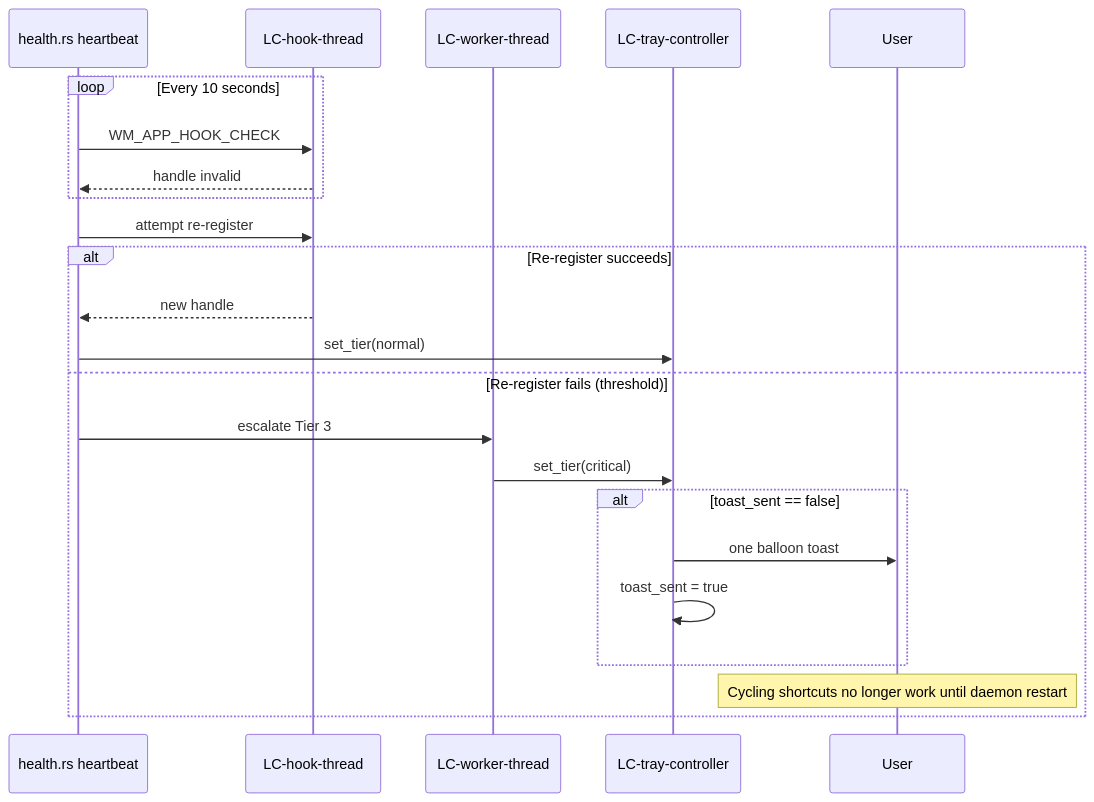
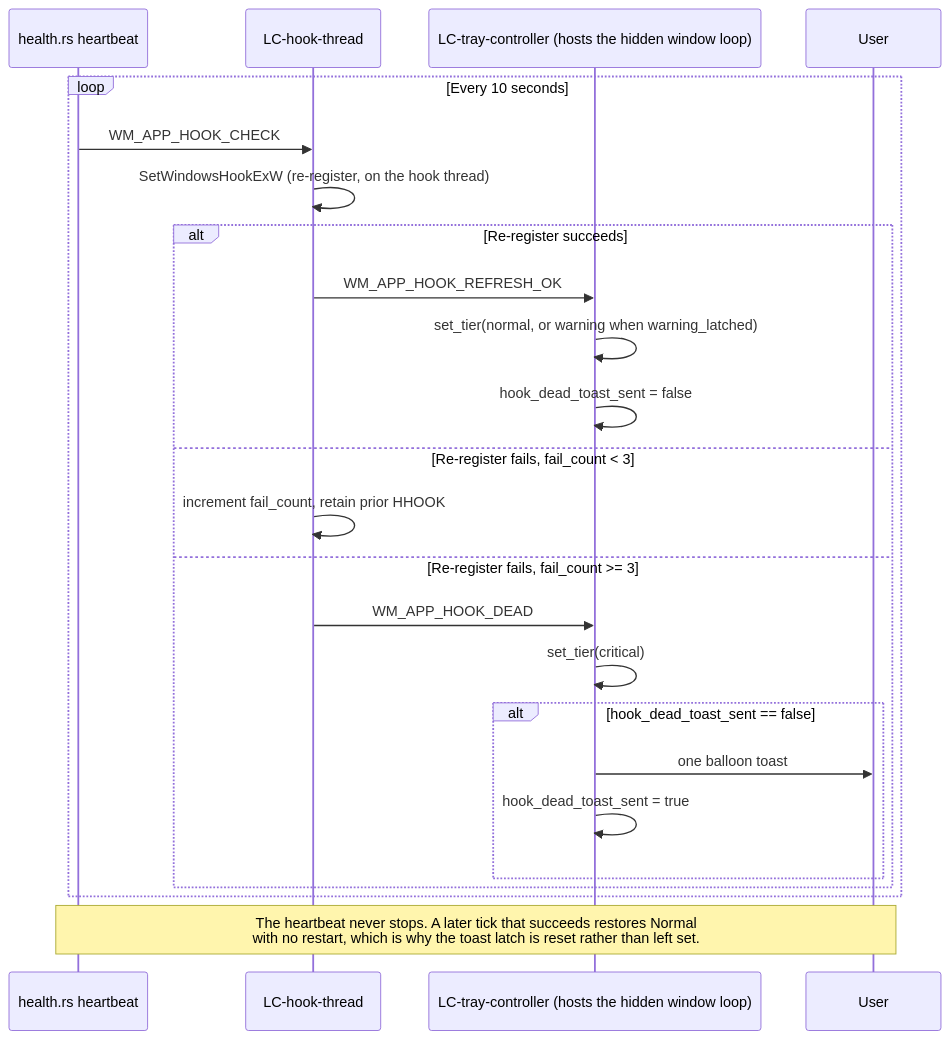
Before and after one commit to wiradigitalid/wira-desk: the diagram in .how/window-management/06-flows/flow-hook-death-tier3.md, drawn with Mermaid. The commit also changed other lines of this file and 53 other files, not shown here.

````diff
--- a/.how/window-management/06-flows/flow-hook-death-tier3.md
+++ b/.how/window-management/06-flows/flow-hook-death-tier3.md
@@ -8,26 +8,27 @@
 ```mermaid
 sequenceDiagram
     participant Health as health.rs heartbeat
     participant Hook as LC-hook-thread
-    participant Worker as LC-worker-thread
-    participant Tray as LC-tray-controller
+    participant Tray as LC-tray-controller (hosts the hidden window loop)
     participant User
 
     loop Every 10 seconds
         Health->>Hook: WM_APP_HOOK_CHECK
-        Hook-->>Health: handle invalid
+        Hook->>Hook: SetWindowsHookExW (re-register, on the hook thread)
+        alt Re-register succeeds
+            Hook->>Tray: WM_APP_HOOK_REFRESH_OK
+            Tray->>Tray: set_tier(normal, or warning when warning_latched)
+            Tray->>Tray: hook_dead_toast_sent = false
+        else Re-register fails, fail_count < 3
+            Hook->>Hook: increment fail_count, retain prior HHOOK
+        else Re-register fails, fail_count >= 3
+            Hook->>Tray: WM_APP_HOOK_DEAD
+            Tray->>Tray: set_tier(critical)
+            alt hook_dead_toast_sent == false
+                Tray->>User: one balloon toast
+                Tray->>Tray: hook_dead_toast_sent = true
+            end
+        end
     end
-    Health->>Hook: attempt re-register
-    alt Re-register succeeds
-        Hook-->>Health: new handle
-        Health->>Tray: set_tier(normal)
-    else Re-register fails (threshold)
-        Health->>Worker: escalate Tier 3
-        Worker->>Tray: set_tier(critical)
-        alt toast_sent == false
-            Tray->>User: one balloon toast
-            Tray->>Tray: toast_sent = true
-        end
-        Note over User: Cycling shortcuts no longer work until daemon restart
-    end
+    Note over Health,User: The heartbeat never stops. A later tick that succeeds restores Normal<br/>with no restart, which is why the toast latch is reset rather than left set.
 ```
````
